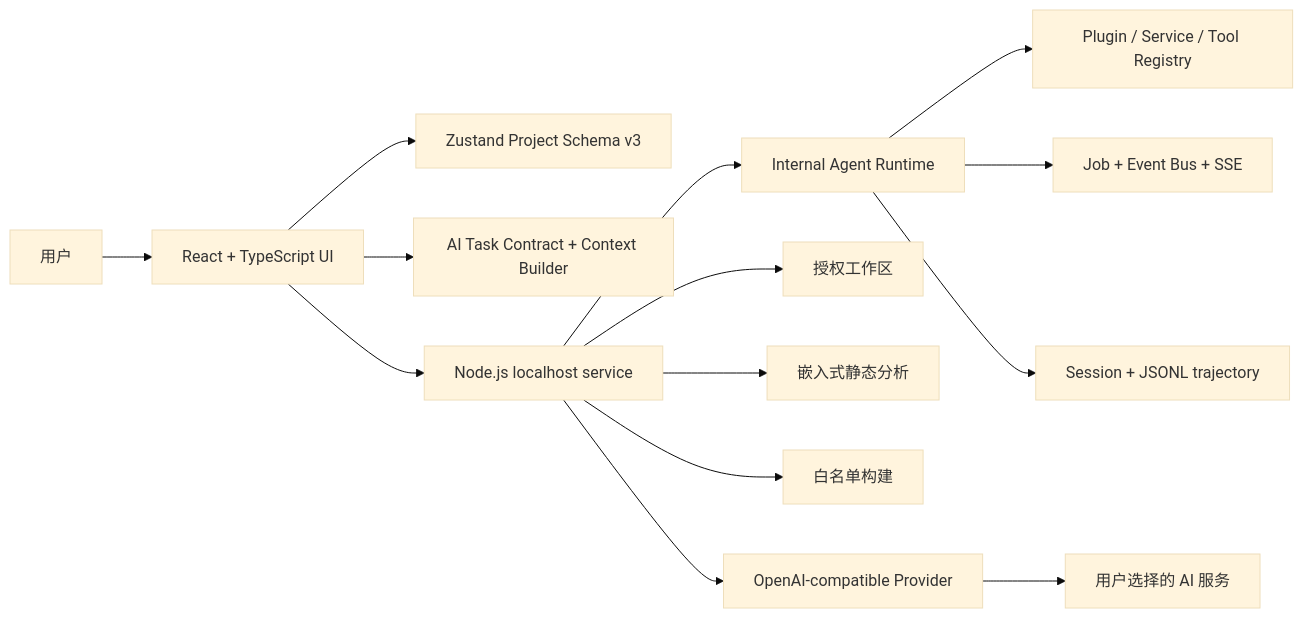
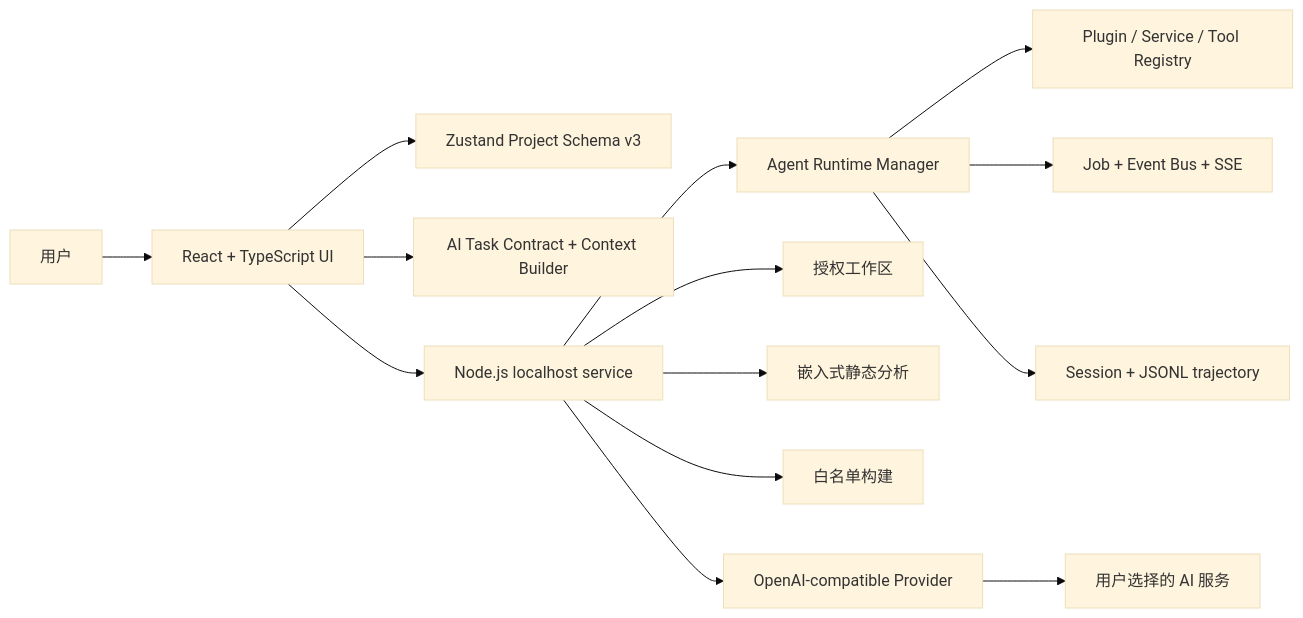
The diagram in docs/ARCHITECTURE.md (LEO-Ricardo20/MetaCore-AI), drawn with Mermaid (base theme) before and after one commit. The commit also changed other lines of this file and 59 other files, not shown here.

````diff
--- a/docs/ARCHITECTURE.md
+++ b/docs/ARCHITECTURE.md
@@ -7,16 +7,16 @@
 ```mermaid
 flowchart LR
     User[用户] --> UI[React + TypeScript UI]
     UI --> Store[Zustand Project Schema v3]
     UI --> AIFlow[AI Task Contract + Context Builder]
     UI --> Local[Node.js localhost service]
-    Local --> Agent[Internal Agent Runtime]
+    Local --> Agent[Agent Runtime Manager]
     Agent --> Registry[Plugin / Service / Tool Registry]
     Agent --> Jobs[Job + Event Bus + SSE]
     Agent --> Sessions[Session + JSONL trajectory]
     Local --> Workspace[授权工作区]
     Local --> Analyzer[嵌入式静态分析]
     Local --> Build[白名单构建]
     Local --> Provider[OpenAI-compatible Provider]
     Provider --> ExternalAI[用户选择的 AI 服务]
 ```
````
